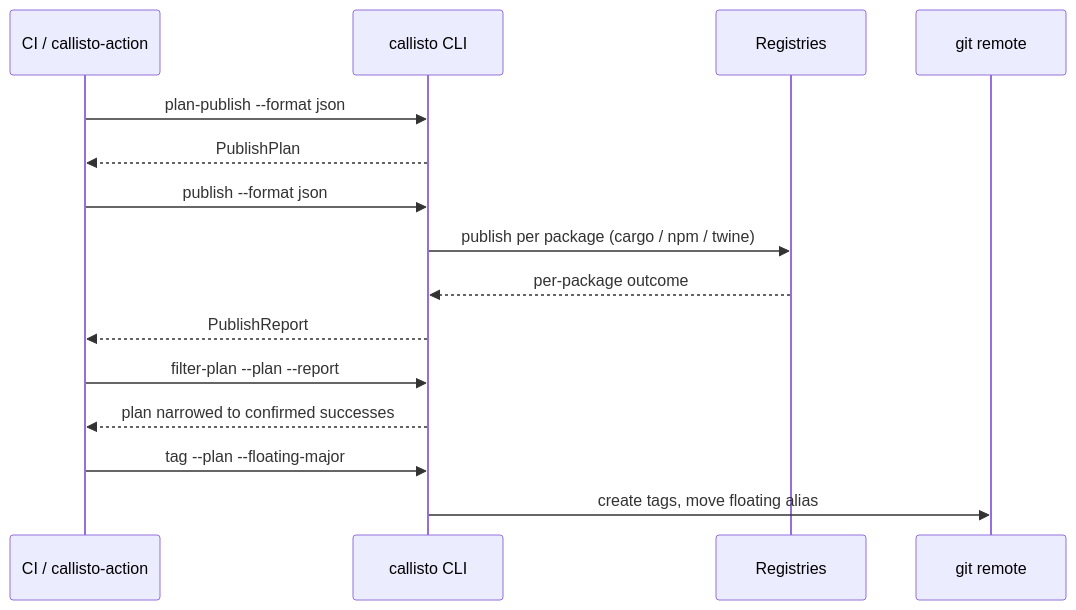
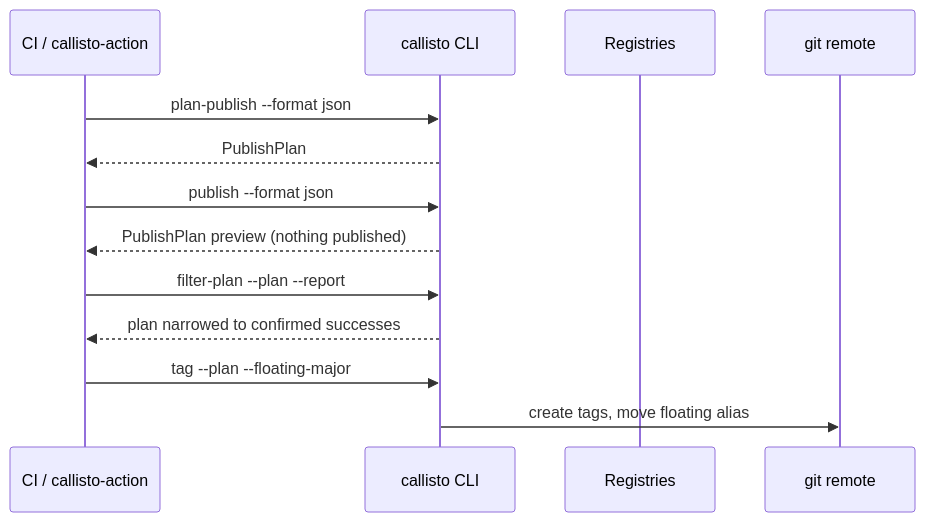
Before and after one commit to orin-dx/callisto: the first of 2 diagrams in README.md, drawn with Mermaid. The commit also changed other lines of this file and 137 other files, not shown here.

````diff
--- a/README.md
+++ b/README.md
@@ -121,18 +120,16 @@
 ```mermaid
 sequenceDiagram
   participant CI as CI / callisto-action
   participant CLI as callisto CLI
   participant Reg as Registries
   participant Git as git remote
 
   CI->>CLI: plan-publish --format json
   CLI-->>CI: PublishPlan
   CI->>CLI: publish --format json
-  CLI->>Reg: publish per package (cargo / npm / twine)
-  Reg-->>CLI: per-package outcome
-  CLI-->>CI: PublishReport
+  CLI-->>CI: PublishPlan preview (nothing published)
   CI->>CLI: filter-plan --plan --report
   CLI-->>CI: plan narrowed to confirmed successes
   CI->>CLI: tag --plan --floating-major
   CLI->>Git: create tags, move floating alias
 ```
````
